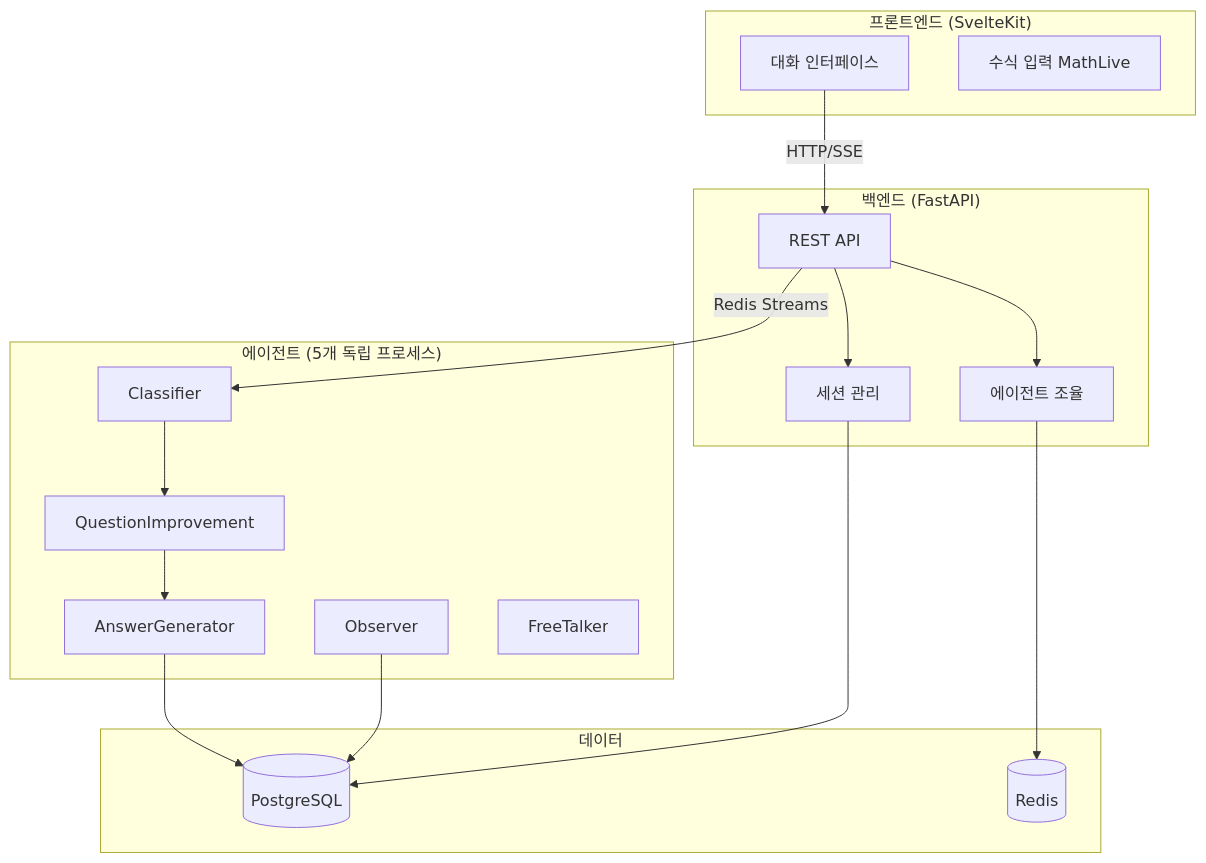
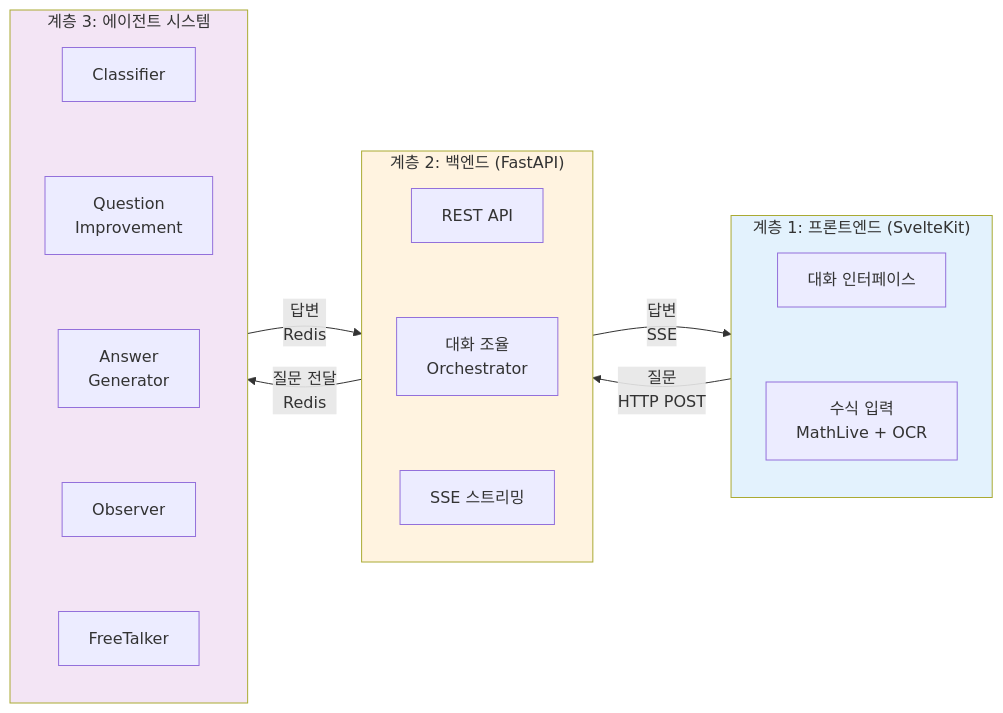
The first of 16 diagrams in docs/chapters/04-system-implementation.md (KimKyuBong/maice-paper-deploy), drawn with Mermaid before and after one commit. The commit also changed other lines of this file and 1 other file, not shown here.

First line of the commit message:
4장 기술 아키텍처 다이어그램 대폭 개선

````diff
--- a/docs/chapters/04-system-implementation.md
+++ b/docs/chapters/04-system-implementation.md
@@ -30,34 +32,30 @@
 ```mermaid
-graph TB
-    subgraph "프론트엔드 (SvelteKit)"
+graph LR
+    subgraph Layer1["계층 1: 프론트엔드 (SvelteKit)"]
         A[대화 인터페이스]
-        B[수식 입력 MathLive]
+        A ~~~ B[수식 입력<br/>MathLive + OCR]
     end
     
-    subgraph "백엔드 (FastAPI)"
+    subgraph Layer2["계층 2: 백엔드 (FastAPI)"]
         C[REST API]
-        D[세션 관리]
-        E[에이전트 조율]
+        C ~~~ D[대화 조율<br/>Orchestrator]
+        D ~~~ E[SSE 스트리밍]
     end
     
-    subgraph "에이전트 (5개 독립 프로세스)"
-        F[Classifier]
-        G[QuestionImprovement]
-        H[AnswerGenerator]
-        I[Observer]
-        J[FreeTalker]
+    subgraph Layer3["계층 3: 에이전트 시스템"]
+        F1[Classifier]
+        F1 ~~~ F2[Question<br/>Improvement]
+        F2 ~~~ F3[Answer<br/>Generator]
+        F3 ~~~ F4[Observer]
+        F4 ~~~ F5[FreeTalker]
     end
     
-    subgraph "데이터"
-        K[(PostgreSQL)]
-        L[(Redis)]
-    end
+    Layer1 -->|질문<br/>HTTP POST| Layer2
+    Layer2 -->|질문 전달<br/>Redis| Layer3
+    Layer3 -->|답변<br/>Redis| Layer2
+    Layer2 -->|답변<br/>SSE| Layer1
     
-    A -->|HTTP/SSE| C
-    C -->|Redis Streams| F
-    F --> G --> H
-    C --> D --> K
-    C --> E --> L
-    H --> K
-    I --> K
+    style Layer1 fill:#E3F2FD
+    style Layer2 fill:#FFF3E0
+    style Layer3 fill:#F3E5F5
 ```
````
